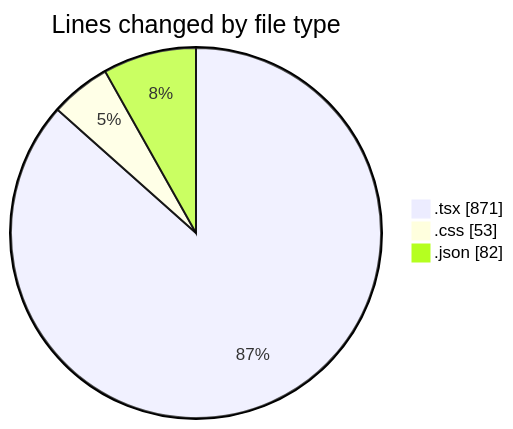
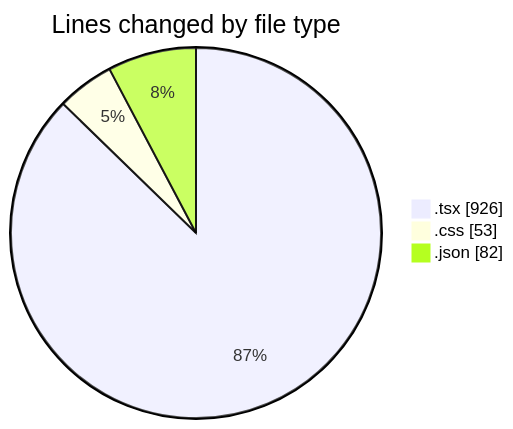
One commit to Elitesun/code-tracking changed the first of 2 diagrams in 2025-04-10/product-page/README.md. Above: the diagram before and after it, drawn with Mermaid. The commit also changed other lines of this file and 1 other file, not shown here.

````diff
--- a/2025-04-10/product-page/README.md
+++ b/2025-04-10/product-page/README.md
@@ -33,7 +33,7 @@
 ```mermaid
 pie showData
 title Lines changed by file type
-".tsx" : 871
+".tsx" : 926
 ".css" : 53
 ".json" : 82
 ```
````
